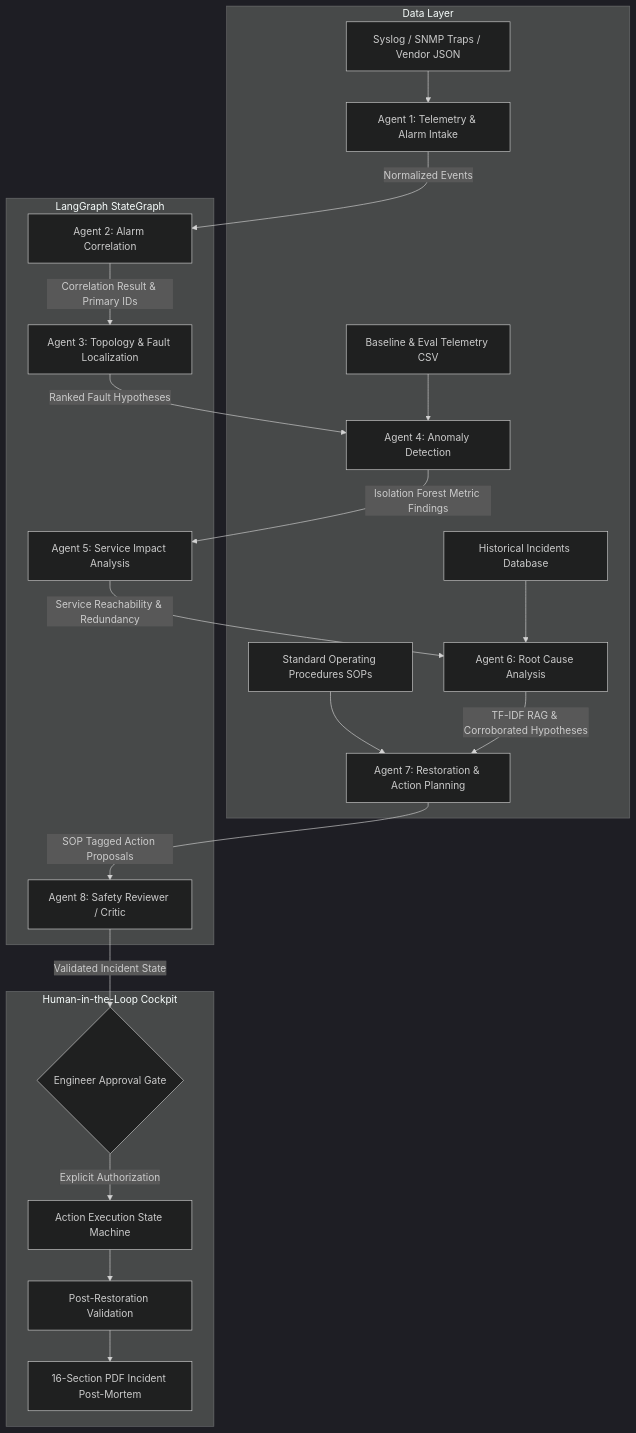
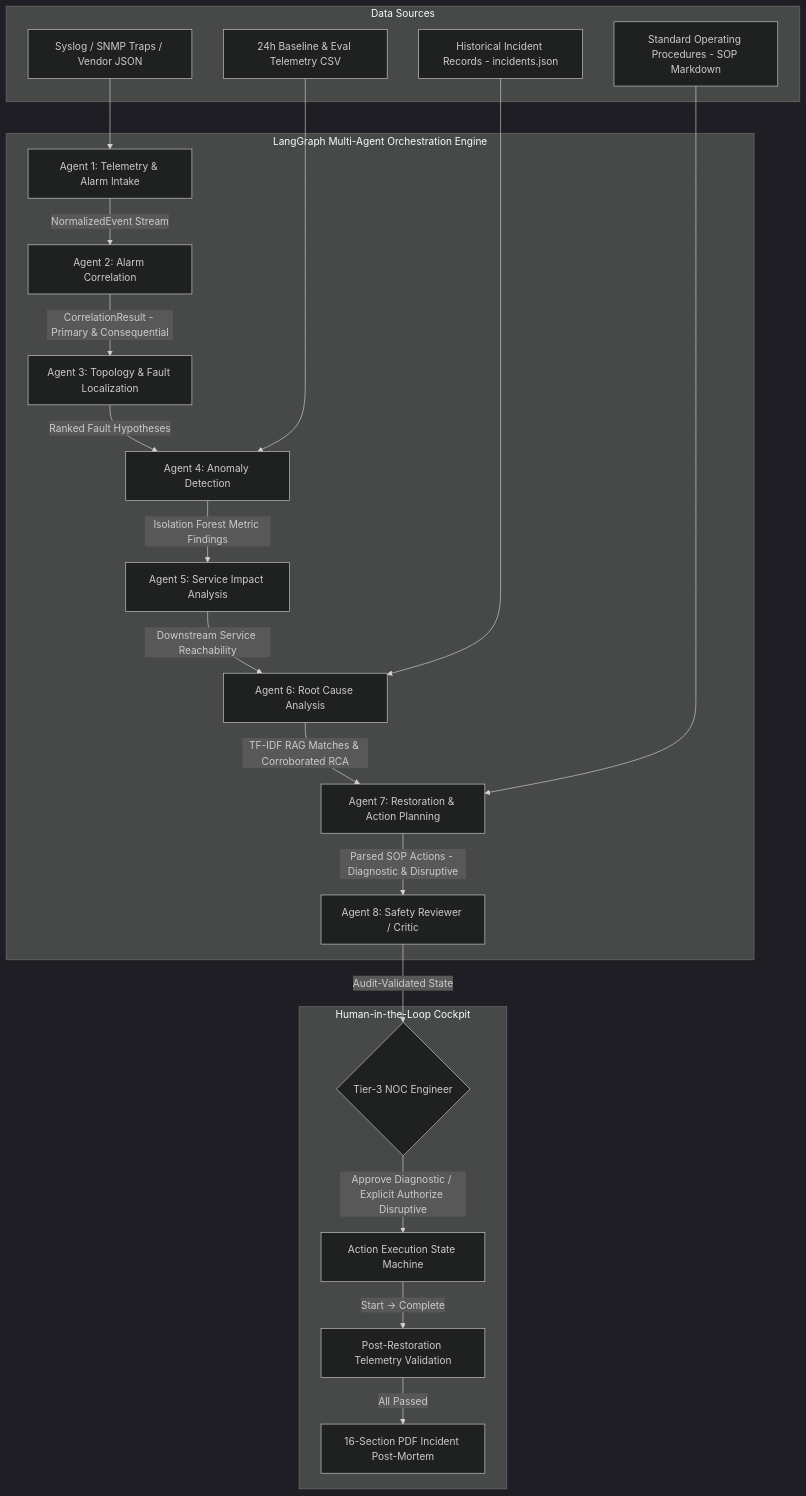
The diagram in README.md (Kavya1240/Brightcone.ai-Assignment), drawn with Mermaid (dark theme) before and after one commit. The commit also changed other lines of this file, not shown here.

````diff
--- a/README.md
+++ b/README.md
@@ -91,26 +84,31 @@
 ```mermaid
 flowchart TD
-    subgraph Data Layer
-        A1[Syslog / SNMP Traps / Vendor JSON] --> AG1
-        A2[Baseline & Eval Telemetry CSV] --> AG4
-        A3[Historical Incidents Database] --> AG6
-        A4[Standard Operating Procedures SOPs] --> AG7
+    subgraph Data Sources
+        DS1[Syslog / SNMP Traps / Vendor JSON]
+        DS2[24h Baseline & Eval Telemetry CSV]
+        DS3[Historical Incident Records - incidents.json]
+        DS4[Standard Operating Procedures - SOP Markdown]
     end
 
-    subgraph Multi-Agent Orchestration Engine [LangGraph StateGraph]
-        AG1[Agent 1: Telemetry & Alarm Intake] -->|Normalized Events| AG2[Agent 2: Alarm Correlation]
-        AG2 -->|Correlation Result & Primary IDs| AG3[Agent 3: Topology & Fault Localization]
-        AG3 -->|Ranked Fault Hypotheses| AG4[Agent 4: Anomaly Detection]
-        AG4 -->|Isolation Forest Metric Findings| AG5[Agent 5: Service Impact Analysis]
-        AG5 -->|Service Reachability & Redundancy| AG6[Agent 6: Root Cause Analysis]
-        AG6 -->|TF-IDF RAG & Corroborated Hypotheses| AG7[Agent 7: Restoration & Action Planning]
-        AG7 -->|SOP Tagged Action Proposals| AG8[Agent 8: Safety Reviewer / Critic]
+    subgraph LangGraph Multi-Agent Orchestration Engine
+        A1[Agent 1: Telemetry & Alarm Intake] -->|NormalizedEvent Stream| A2[Agent 2: Alarm Correlation]
+        A2 -->|CorrelationResult - Primary & Consequential| A3[Agent 3: Topology & Fault Localization]
+        A3 -->|Ranked Fault Hypotheses| A4[Agent 4: Anomaly Detection]
+        A4 -->|Isolation Forest Metric Findings| A5[Agent 5: Service Impact Analysis]
+        A5 -->|Downstream Service Reachability| A6[Agent 6: Root Cause Analysis]
+        A6 -->|TF-IDF RAG Matches & Corroborated RCA| A7[Agent 7: Restoration & Action Planning]
+        A7 -->|Parsed SOP Actions - Diagnostic & Disruptive| A8[Agent 8: Safety Reviewer / Critic]
     end
 
     subgraph Human-in-the-Loop Cockpit
-        AG8 -->|Validated Incident State| GATE{Engineer Approval Gate}
-        GATE -->|Explicit Authorization| EXEC[Action Execution State Machine]
-        EXEC --> VAL[Post-Restoration Validation]
-        VAL --> PDF[16-Section PDF Incident Post-Mortem]
+        A8 -->|Audit-Validated State| ENG{Tier-3 NOC Engineer}
+        ENG -->|Approve Diagnostic / Explicit Authorize Disruptive| SM[Action Execution State Machine]
+        SM -->|Start -> Complete| VAL[Post-Restoration Telemetry Validation]
+        VAL -->|All Passed| PDF[16-Section PDF Incident Post-Mortem]
     end
+
+    DS1 --> A1
+    DS2 --> A4
+    DS3 --> A6
+    DS4 --> A7
 ```
````
